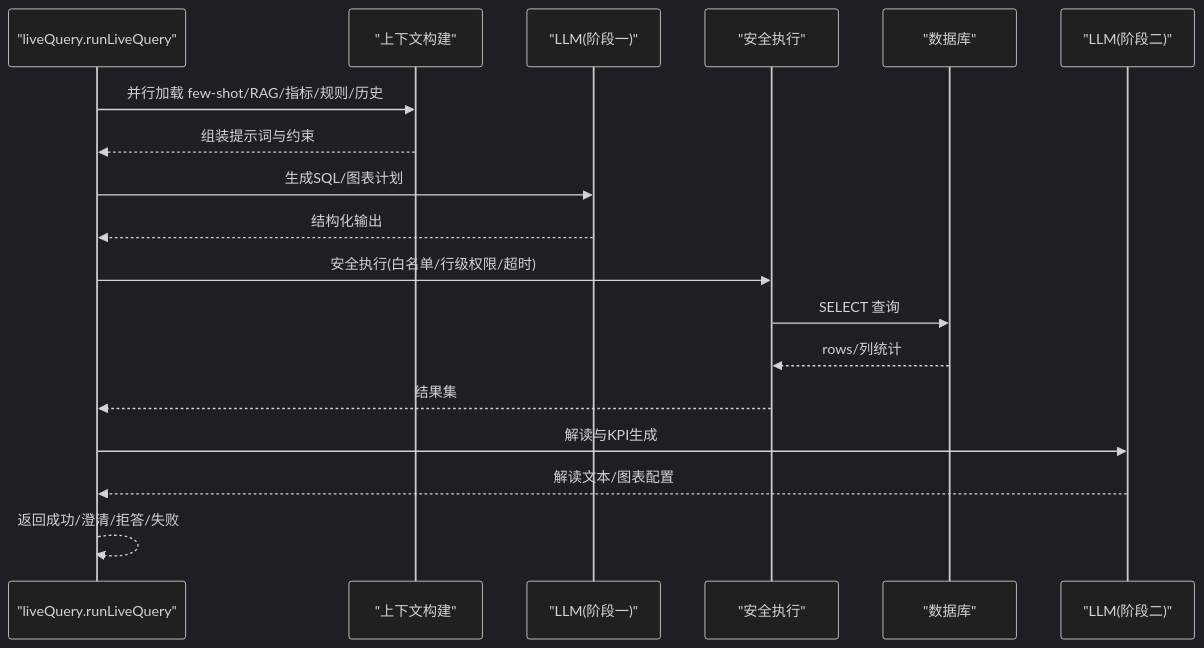
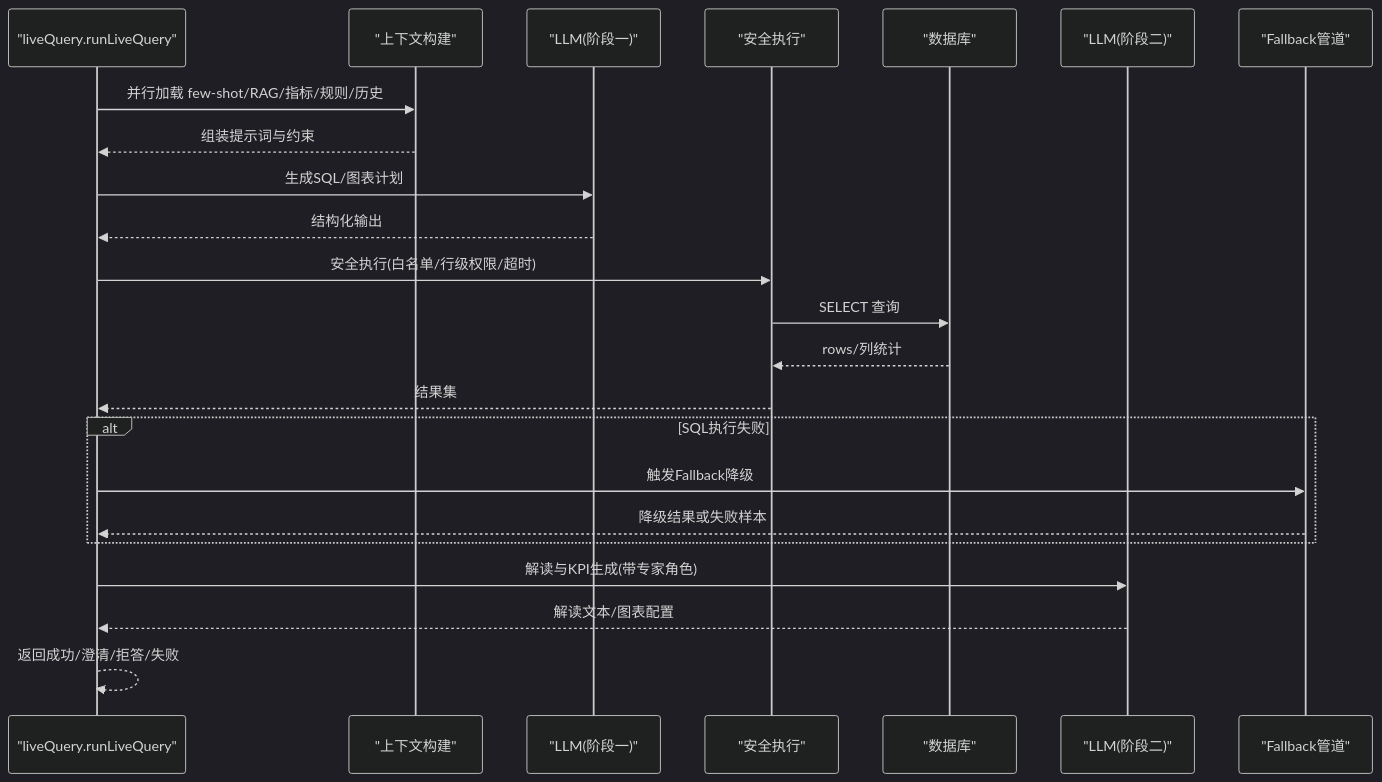
The fifth of 17 diagrams in .qoder/repowiki/zh/content/项目概述/技术架构概览.md (dgjin/smart-data-analytics), drawn with Mermaid (dark theme) before and after one commit. The commit also changed other lines of this file and 100 other files, not shown here.

````diff
--- a/.qoder/repowiki/zh/content/项目概述/技术架构概览.md
+++ b/.qoder/repowiki/zh/content/项目概述/技术架构概览.md
@@ -226,20 +305,25 @@
 ```mermaid
 sequenceDiagram
 participant Q as "liveQuery.runLiveQuery"
 participant Ctx as "上下文构建"
 participant L as "LLM(阶段一)"
 participant E as "安全执行"
 participant D as "数据库"
 participant A as "LLM(阶段二)"
+participant F as "Fallback管道"
 Q->>Ctx : 并行加载 few-shot/RAG/指标/规则/历史
 Ctx-->>Q : 组装提示词与约束
 Q->>L : 生成SQL/图表计划
 L-->>Q : 结构化输出
 Q->>E : 安全执行(白名单/行级权限/超时)
 E->>D : SELECT 查询
 D-->>E : rows/列统计
 E-->>Q : 结果集
-Q->>A : 解读与KPI生成
+alt SQL执行失败
+Q->>F : 触发Fallback降级
+F-->>Q : 降级结果或失败样本
+end
+Q->>A : 解读与KPI生成(带专家角色)
 A-->>Q : 解读文本/图表配置
 Q-->>Q : 返回成功/澄清/拒答/失败
 ```
````
